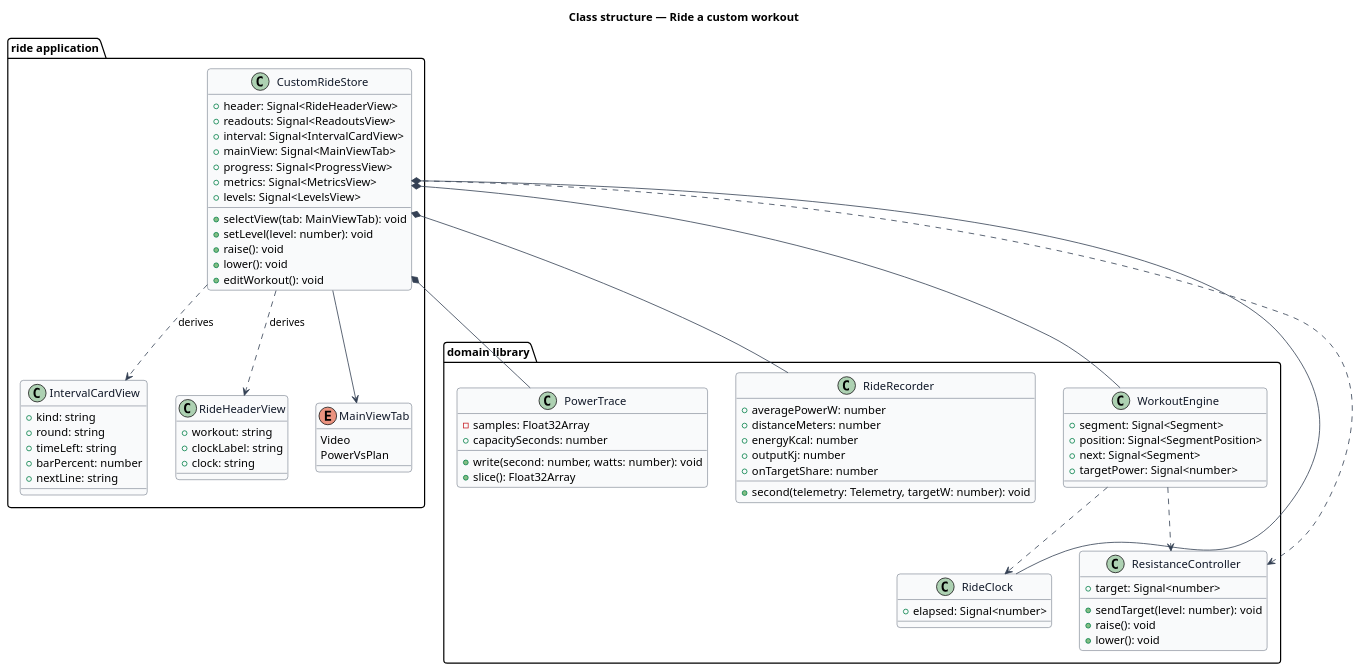
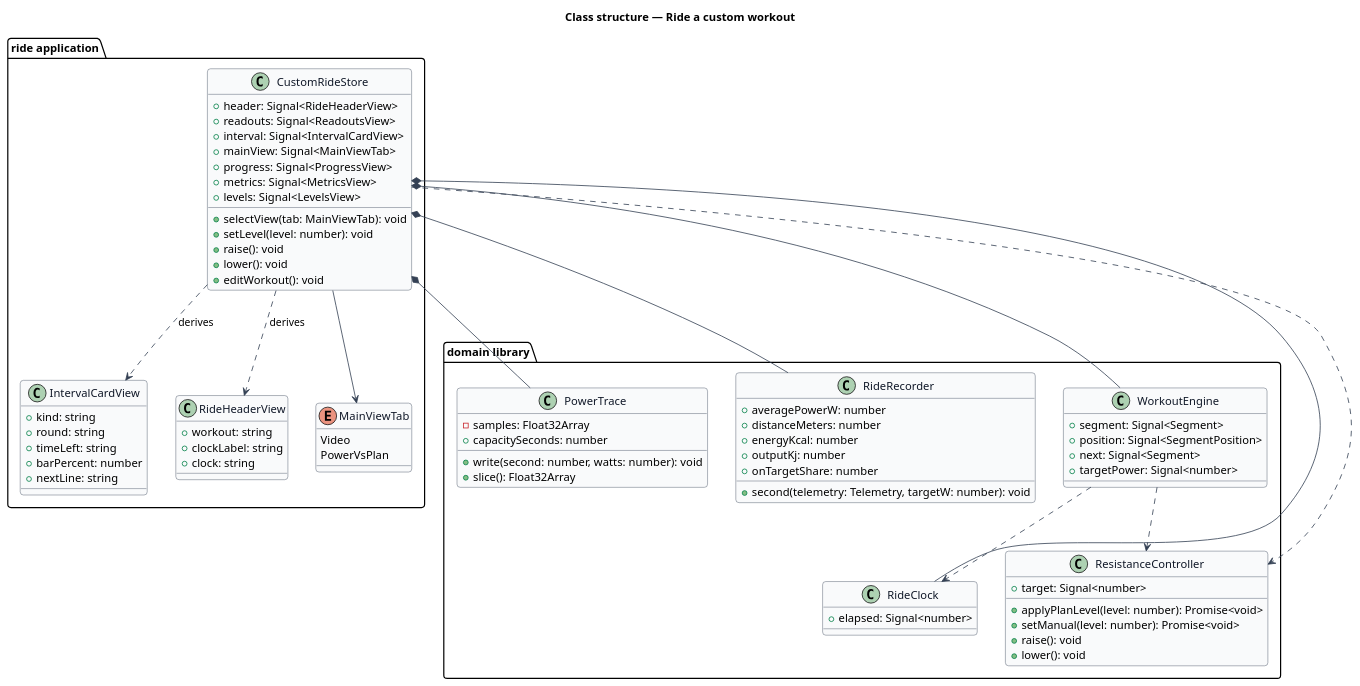
The diagram in docs/detailed-designs/custom-workout/ride-a-custom-workout/diagrams/class-structure.puml (QuinntyneBrown/ride-one), drawn with PlantUML before and after one commit. The commit also changed 17 other files, not shown here.

```diff
--- a/docs/detailed-designs/custom-workout/ride-a-custom-workout/diagrams/class-structure.puml
+++ b/docs/detailed-designs/custom-workout/ride-a-custom-workout/diagrams/class-structure.puml
@@ -1,89 +1,90 @@
 @startuml
 ' --- shared skin header ---
 skinparam backgroundColor #FFFFFF
 skinparam shadowing false
 skinparam roundcorner 8
 skinparam defaultFontName Arial
 skinparam ArrowColor #344054
 skinparam class {
   BorderColor #344054
   FontColor #101828
   BackgroundColor #F9FAFB
 }
 ' --------------------------
 title Class structure — Ride a custom workout
 
 package "domain library" {
   class PowerTrace {
     -samples: Float32Array
     +capacitySeconds: number
     +write(second: number, watts: number): void
     +slice(): Float32Array
   }
   class RideRecorder {
     +averagePowerW: number
     +distanceMeters: number
     +energyKcal: number
     +outputKj: number
     +onTargetShare: number
     +second(telemetry: Telemetry, targetW: number): void
   }
   class WorkoutEngine {
     +segment: Signal<Segment>
     +position: Signal<SegmentPosition>
     +next: Signal<Segment>
     +targetPower: Signal<number>
   }
   class RideClock {
     +elapsed: Signal<number>
   }
   class ResistanceController {
     +target: Signal<number>
-    +sendTarget(level: number): void
+    +applyPlanLevel(level: number): Promise<void>
+    +setManual(level: number): Promise<void>
     +raise(): void
     +lower(): void
   }
 }
 package "ride application" {
   class CustomRideStore {
     +header: Signal<RideHeaderView>
     +readouts: Signal<ReadoutsView>
     +interval: Signal<IntervalCardView>
     +mainView: Signal<MainViewTab>
     +progress: Signal<ProgressView>
     +metrics: Signal<MetricsView>
     +levels: Signal<LevelsView>
     +selectView(tab: MainViewTab): void
     +setLevel(level: number): void
     +raise(): void
     +lower(): void
     +editWorkout(): void
   }
   enum MainViewTab {
     Video
     PowerVsPlan
   }
   class IntervalCardView {
     +kind: string
     +round: string
     +timeLeft: string
     +barPercent: number
     +nextLine: string
   }
   class RideHeaderView {
     +workout: string
     +clockLabel: string
     +clock: string
   }
 }
 CustomRideStore *-- WorkoutEngine
 CustomRideStore *-- RideClock
 CustomRideStore *-- RideRecorder
 CustomRideStore *-- PowerTrace
 CustomRideStore ..> ResistanceController
 CustomRideStore --> MainViewTab
 CustomRideStore ..> IntervalCardView : derives
 CustomRideStore ..> RideHeaderView : derives
 WorkoutEngine ..> RideClock
 WorkoutEngine ..> ResistanceController
 @enduml
```
